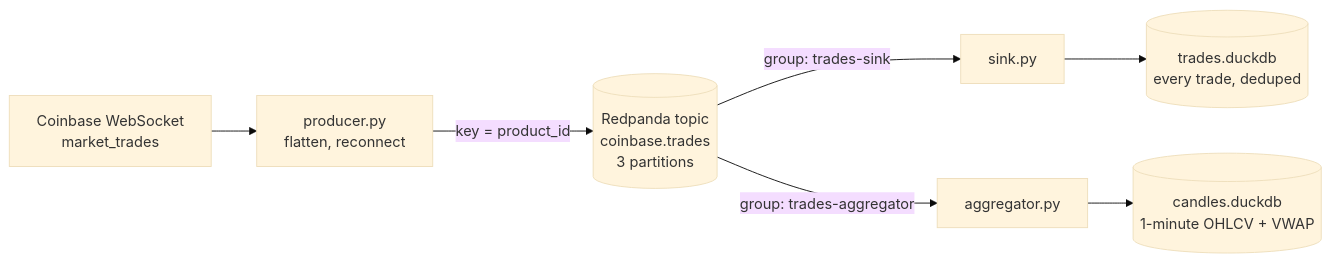
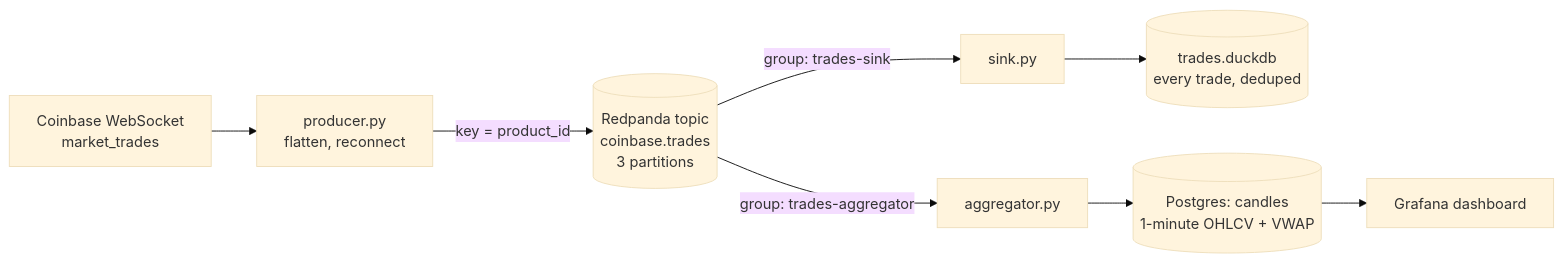
Before and after one commit to elitay152/coinbase-trades-stream: the diagram in README.md, drawn with Mermaid (base theme). The commit also changed other lines of this file and 2 other files, not shown here.

Commit message:
Document Postgres and Grafana dashboard; stack trades per minute by product

````diff
--- a/README.md
+++ b/README.md
@@ -9,9 +9,10 @@
 ```mermaid
 flowchart LR
     CB["Coinbase WebSocket<br/>market_trades"] --> P["producer.py<br/>flatten, reconnect"]
     P -->|"key = product_id"| T[("Redpanda topic<br/>coinbase.trades<br/>3 partitions")]
     T -->|"group: trades-sink"| S["sink.py"]
     T -->|"group: trades-aggregator"| A["aggregator.py"]
     S --> TDB[("trades.duckdb<br/>every trade, deduped")]
-    A --> CDB[("candles.duckdb<br/>1-minute OHLCV + VWAP")]
+    A --> CDB[("Postgres: candles<br/>1-minute OHLCV + VWAP")]
+    CDB --> G["Grafana dashboard"]
 ```
````
